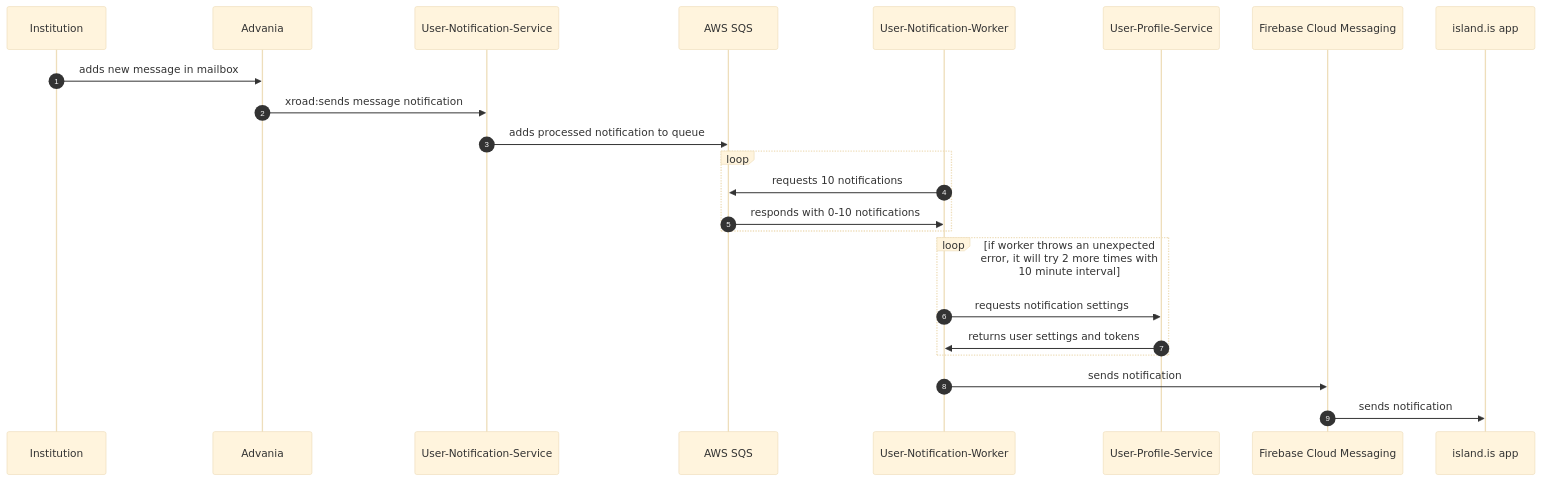
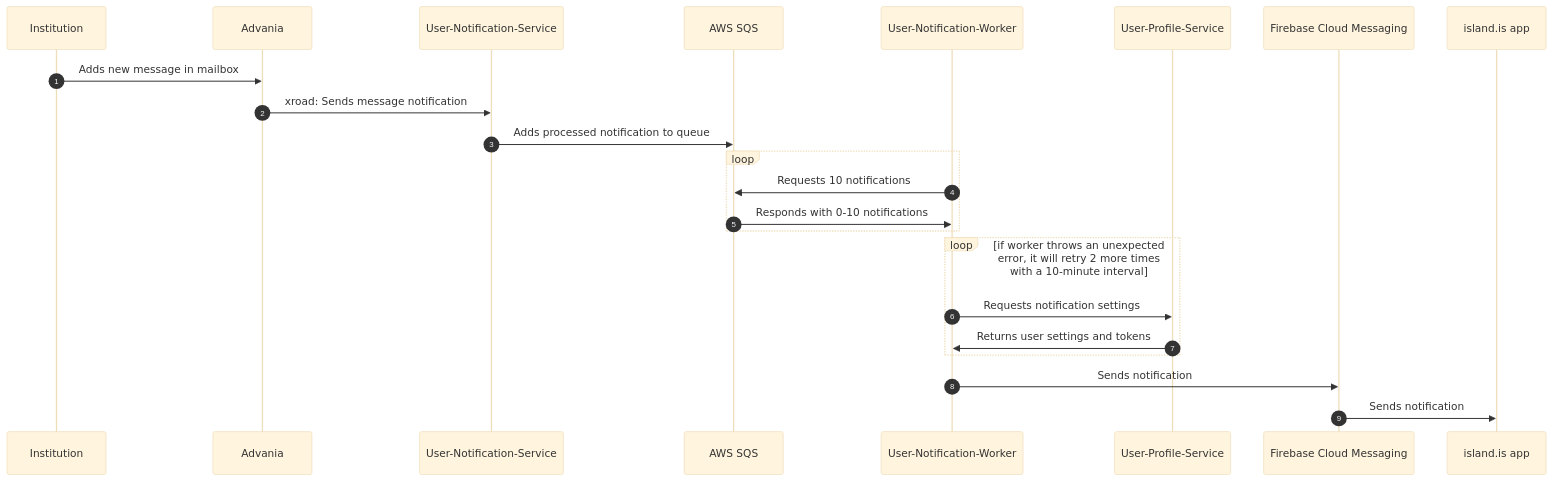
The diagram in libs/message-queue/README.md (island-is/island.is), drawn with Mermaid (base theme) before and after one commit. The commit also changed other lines of this file, not shown here.

Commit message:
AI-improve libs/message-queue

````diff
--- a/libs/message-queue/README.md
+++ b/libs/message-queue/README.md
@@ -115,17 +117,17 @@
 ```mermaid
 sequenceDiagram
     autonumber
-    Institution->>Advania:adds new message in mailbox
-    Advania->>User-Notification-Service:xroad:sends message notification
-    User-Notification-Service->>AWS SQS:adds processed notification to queue
+    Institution->>Advania: Adds new message in mailbox
+    Advania->>User-Notification-Service: xroad: Sends message notification
+    User-Notification-Service->>AWS SQS: Adds processed notification to queue
     loop
-    User-Notification-Worker->>AWS SQS:requests 10 notifications
-    AWS SQS->>User-Notification-Worker:responds with 0-10 notifications
+    User-Notification-Worker->>AWS SQS: Requests 10 notifications
+    AWS SQS->>User-Notification-Worker: Responds with 0-10 notifications
     end
-    loop if worker throws an unexpected error, it will try 2 more times with 10 minute interval
-    User-Notification-Worker->>User-Profile-Service:requests notification settings
-    User-Profile-Service->>User-Notification-Worker:returns user settings and tokens
+    loop if worker throws an unexpected error, it will retry 2 more times with a 10-minute interval
+    User-Notification-Worker->>User-Profile-Service: Requests notification settings
+    User-Profile-Service->>User-Notification-Worker: Returns user settings and tokens
     end
-    User-Notification-Worker->>Firebase Cloud Messaging: sends notification
-    Firebase Cloud Messaging->>island.is app:sends notification
+    User-Notification-Worker->>Firebase Cloud Messaging: Sends notification
+    Firebase Cloud Messaging->>island.is app: Sends notification
 ```
````
